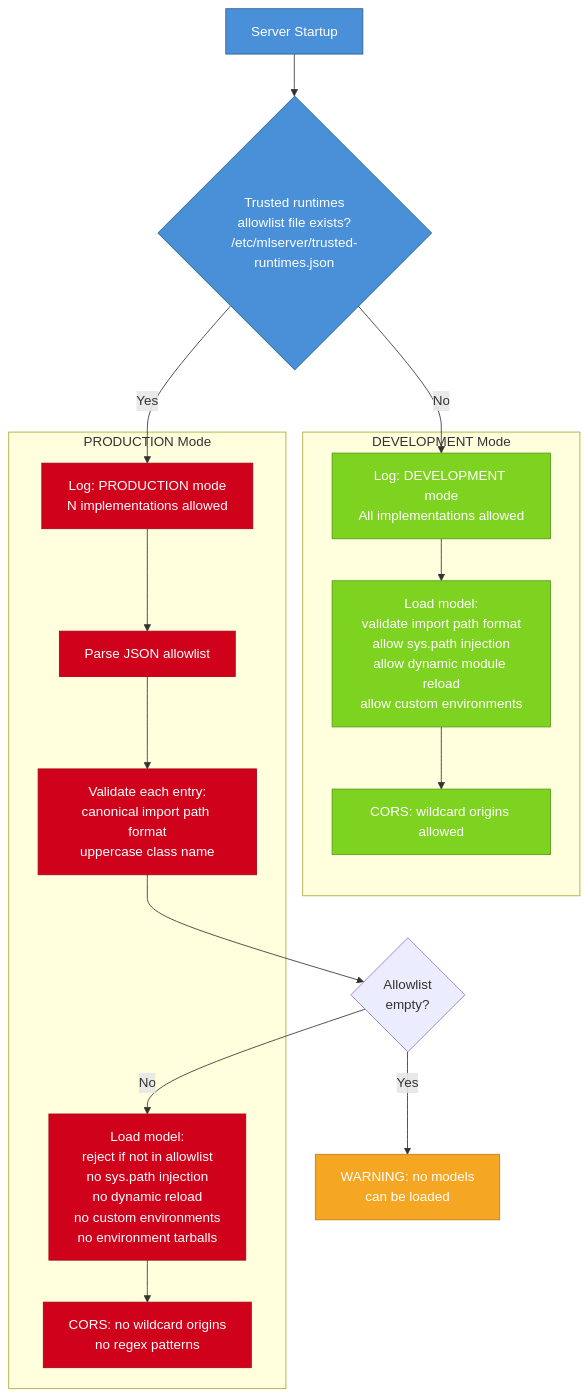
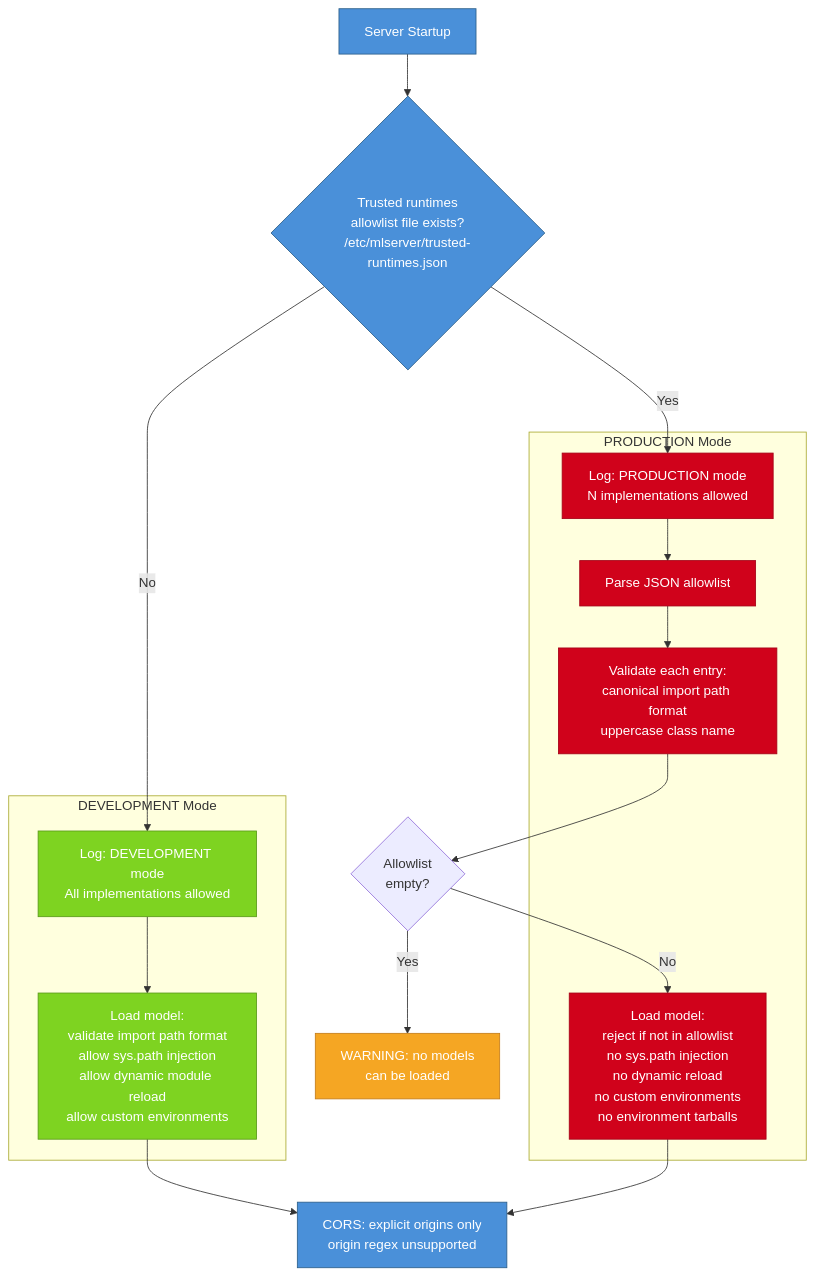
One commit to brettmthompson/MLServer changed the eighth of 9 diagrams in docs/engineering/architecture.md. Above: the diagram before and after it, drawn with Mermaid. The commit also changed other lines of this file and 9 other files, not shown here.

First line of the commit message:
always block cors wildcard and deprecate allow_origin_regex setting

````diff
--- a/docs/engineering/architecture.md
+++ b/docs/engineering/architecture.md
@@ -633,45 +633,44 @@
 ```mermaid
 flowchart TB
     START["Server Startup"]
     CHECK{"Trusted runtimes<br/>allowlist file exists?<br/>/etc/mlserver/trusted-runtimes.json"}
 
     subgraph "DEVELOPMENT Mode"
         DEV_LOG["Log: DEVELOPMENT mode<br/>All implementations allowed"]
         DEV_LOAD["Load model:<br/>validate import path format<br/>allow sys.path injection<br/>allow dynamic module reload<br/>allow custom environments"]
-        DEV_CORS["CORS: wildcard origins allowed"]
     end
 
     subgraph "PRODUCTION Mode"
         PROD_LOG["Log: PRODUCTION mode<br/>N implementations allowed"]
         PROD_PARSE["Parse JSON allowlist"]
         PROD_VALIDATE["Validate each entry:<br/>canonical import path format<br/>uppercase class name"]
         PROD_LOAD["Load model:<br/>reject if not in allowlist<br/>no sys.path injection<br/>no dynamic reload<br/>no custom environments<br/>no environment tarballs"]
-        PROD_CORS["CORS: no wildcard origins<br/>no regex patterns"]
     end
 
+    CORS_POLICY["CORS: explicit origins only<br/>origin regex unsupported"]
     PROD_EMPTY{"Allowlist<br/>empty?"}
     PROD_WARN["WARNING: no models<br/>can be loaded"]
 
     START --> CHECK
     CHECK -->|"No"| DEV_LOG
     DEV_LOG --> DEV_LOAD
-    DEV_LOAD --> DEV_CORS
+    DEV_LOAD --> CORS_POLICY
 
     CHECK -->|"Yes"| PROD_LOG
     PROD_LOG --> PROD_PARSE
     PROD_PARSE --> PROD_VALIDATE
     PROD_VALIDATE --> PROD_EMPTY
     PROD_EMPTY -->|"Yes"| PROD_WARN
     PROD_EMPTY -->|"No"| PROD_LOAD
-    PROD_LOAD --> PROD_CORS
+    PROD_LOAD --> CORS_POLICY
 
     classDef dev fill:#7ED321,stroke:#5A9A18,color:#fff
     classDef prod fill:#D0021B,stroke:#A50216,color:#fff
     classDef warn fill:#F5A623,stroke:#C47D1A,color:#fff
     classDef neutral fill:#4A90D9,stroke:#2C5F8A,color:#fff
 
-    class DEV_LOG,DEV_LOAD,DEV_CORS dev
-    class PROD_LOG,PROD_PARSE,PROD_VALIDATE,PROD_LOAD,PROD_CORS prod
+    class DEV_LOG,DEV_LOAD dev
+    class PROD_LOG,PROD_PARSE,PROD_VALIDATE,PROD_LOAD prod
     class PROD_WARN warn
-    class START,CHECK neutral
+    class START,CHECK,CORS_POLICY neutral
 ```
````
